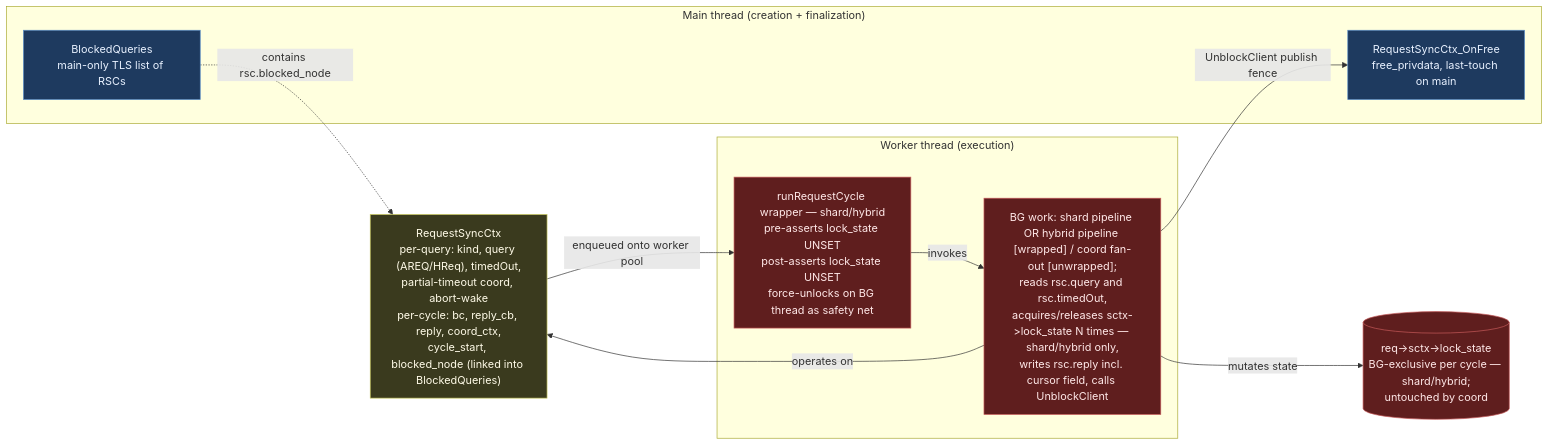
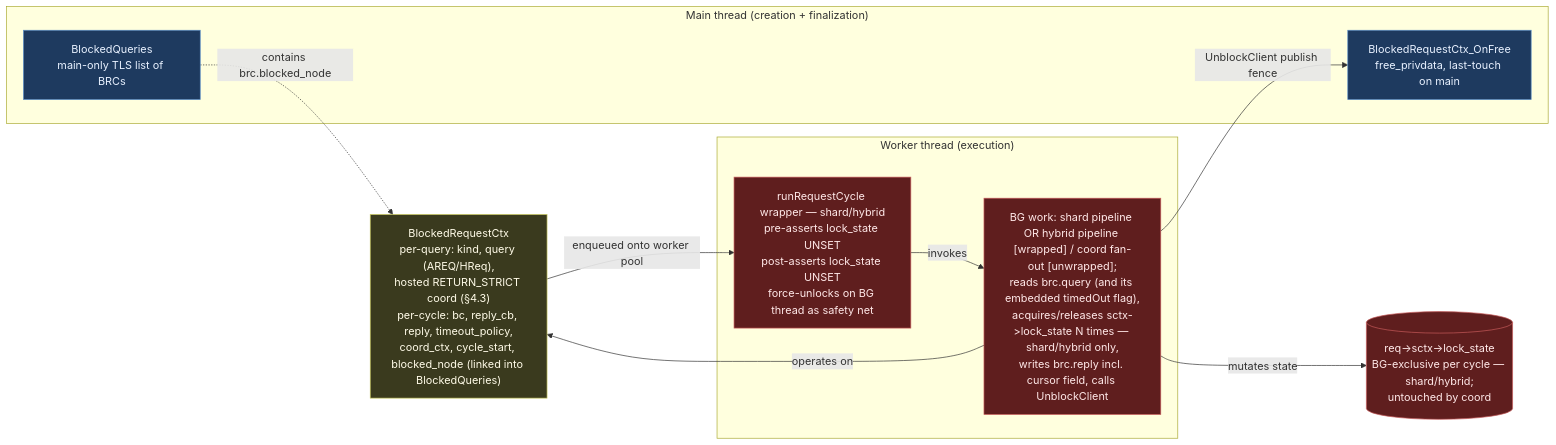
The second of 5 diagrams in docs/design/blocked_client_refactor.md (RediSearch/RediSearch), drawn with Mermaid before and after one commit. The commit also changed other lines of this file and 1 other file, not shown here.

First line of the commit message:
docs(design): refresh blocked-client refactor for completed RETURN_STRICT

````diff
--- a/docs/design/blocked_client_refactor.md
+++ b/docs/design/blocked_client_refactor.md
@@ -188,26 +257,26 @@
 ```mermaid
 flowchart LR
   classDef main fill:#1e3a5f,stroke:#5a8dc7,color:#e8f1ff
   classDef bg   fill:#5f1e1e,stroke:#c75a5a,color:#ffe8e8
   classDef shared fill:#3a3a1e,stroke:#c7c75a,color:#fffbe8
 
   subgraph "Main thread (creation + finalization)"
-    REG[BlockedQueries<br/>main-only TLS list of RSCs]:::main
-    OF[RequestSyncCtx_OnFree<br/>free_privdata, last-touch on main]:::main
+    REG[BlockedQueries<br/>main-only TLS list of BRCs]:::main
+    OF[BlockedRequestCtx_OnFree<br/>free_privdata, last-touch on main]:::main
   end
 
   subgraph "Worker thread (execution)"
     CYCLE["runRequestCycle wrapper — shard/hybrid<br/>pre-asserts lock_state UNSET<br/>post-asserts lock_state UNSET<br/>force-unlocks on BG thread as safety net"]:::bg
-    EXEC["BG work: shard pipeline OR hybrid pipeline [wrapped] / coord fan-out [unwrapped];<br/>reads rsc.query and rsc.timedOut,<br/>acquires/releases sctx->lock_state N times — shard/hybrid only,<br/>writes rsc.reply incl. cursor field, calls UnblockClient"]:::bg
+    EXEC["BG work: shard pipeline OR hybrid pipeline [wrapped] / coord fan-out [unwrapped];<br/>reads brc.query (and its embedded timedOut flag),<br/>acquires/releases sctx->lock_state N times — shard/hybrid only,<br/>writes brc.reply incl. cursor field, calls UnblockClient"]:::bg
   end
 
-  RSC["RequestSyncCtx<br/>per-query: kind, query (AREQ/HReq), timedOut,<br/>partial-timeout coord, abort-wake<br/>per-cycle: bc, reply_cb, reply, coord_ctx,<br/>cycle_start, blocked_node (linked into BlockedQueries)"]:::shared
+  BRC["BlockedRequestCtx<br/>per-query: kind, query (AREQ/HReq),<br/>hosted RETURN_STRICT coord (§4.3)<br/>per-cycle: bc, reply_cb, reply, timeout_policy,<br/>coord_ctx, cycle_start, blocked_node (linked into BlockedQueries)"]:::shared
   STATE[("req->sctx->lock_state<br/>BG-exclusive per cycle — shard/hybrid;<br/>untouched by coord")]:::bg
 
-  REG -.->|"contains rsc.blocked_node"| RSC
-  RSC -->|enqueued onto worker pool| CYCLE
+  REG -.->|"contains brc.blocked_node"| BRC
+  BRC -->|enqueued onto worker pool| CYCLE
   CYCLE -->|invokes| EXEC
-  EXEC -->|operates on| RSC
+  EXEC -->|operates on| BRC
   EXEC -->|mutates state| STATE
   EXEC -->|UnblockClient publish fence| OF
 ```
````
